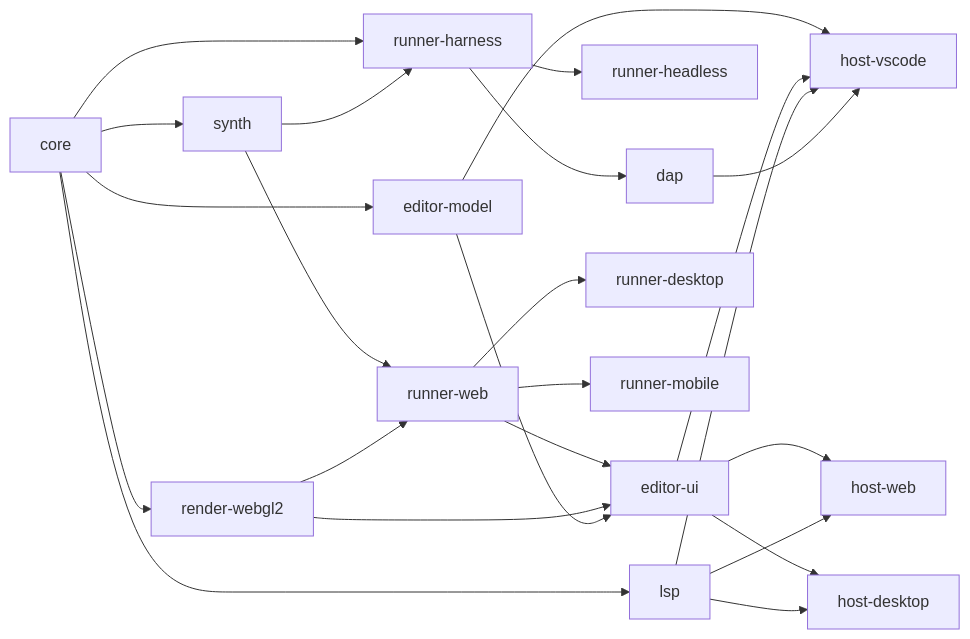
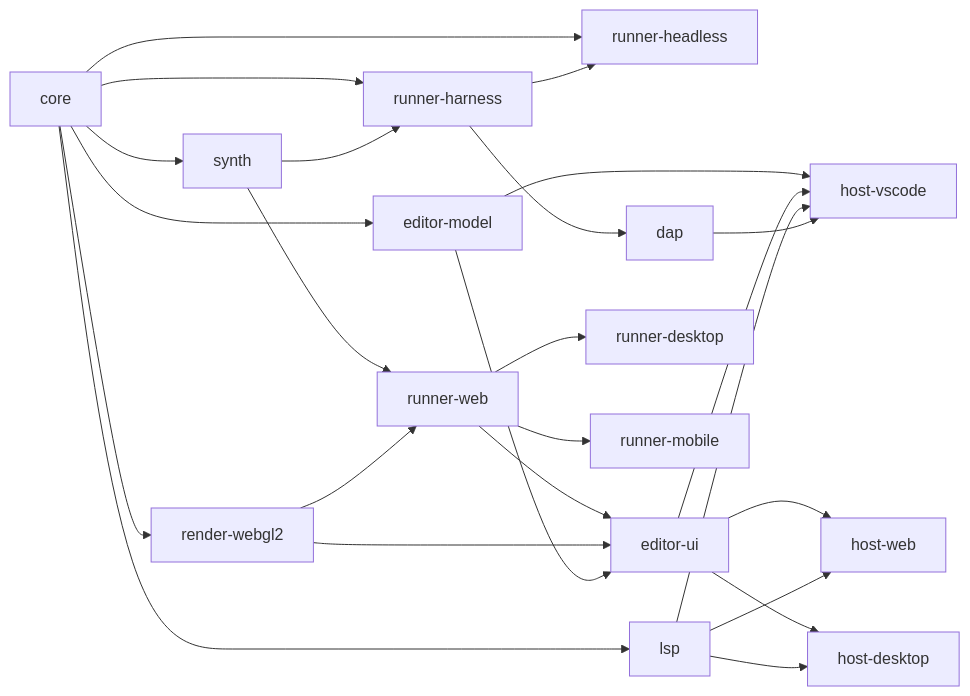
Before and after one commit to aljopro/rpgtoolkit-reawakened: the first of 3 diagrams in _bmad-output/initiative-rpgtoolkit-reawakened/architecture-rpgtoolkit-reawakened/architecture-rpgtoolkit-reawakened.md, drawn with Mermaid. The commit also changed 18 other files, not shown here.

First line of the commit message:
feat(runner-headless): dump command and corpus digest gate (epic 2.11)

````diff
--- a/_bmad-output/initiative-rpgtoolkit-reawakened/architecture-rpgtoolkit-reawakened/architecture-rpgtoolkit-reawakened.md
+++ b/_bmad-output/initiative-rpgtoolkit-reawakened/architecture-rpgtoolkit-reawakened/architecture-rpgtoolkit-reawakened.md
@@ -40,26 +40,27 @@
 ```mermaid
 graph LR
   core --> synth
   core --> renderwebgl2[render-webgl2]
   core --> runnerharness[runner-harness]
+  core --> runnerheadless[runner-headless]
   core --> lsp
   core --> editormodel[editor-model]
   synth --> runnerharness
   synth --> runnerweb[runner-web]
   renderwebgl2 --> runnerweb
-  runnerharness --> runnerheadless[runner-headless]
+  runnerharness --> runnerheadless
   runnerharness --> dap
   runnerweb --> runnerdesktop[runner-desktop]
   runnerweb --> runnermobile[runner-mobile]
   runnerweb --> editorui[editor-ui]
   renderwebgl2 --> editorui
   editormodel --> editorui
   editormodel --> hostvscode[host-vscode]
   editorui --> hostvscode
   editorui --> hostweb[host-web]
   editorui --> hostdesktop[host-desktop]
   lsp --> hostvscode
   lsp --> hostweb
   lsp --> hostdesktop
   dap --> hostvscode
 ```
````
